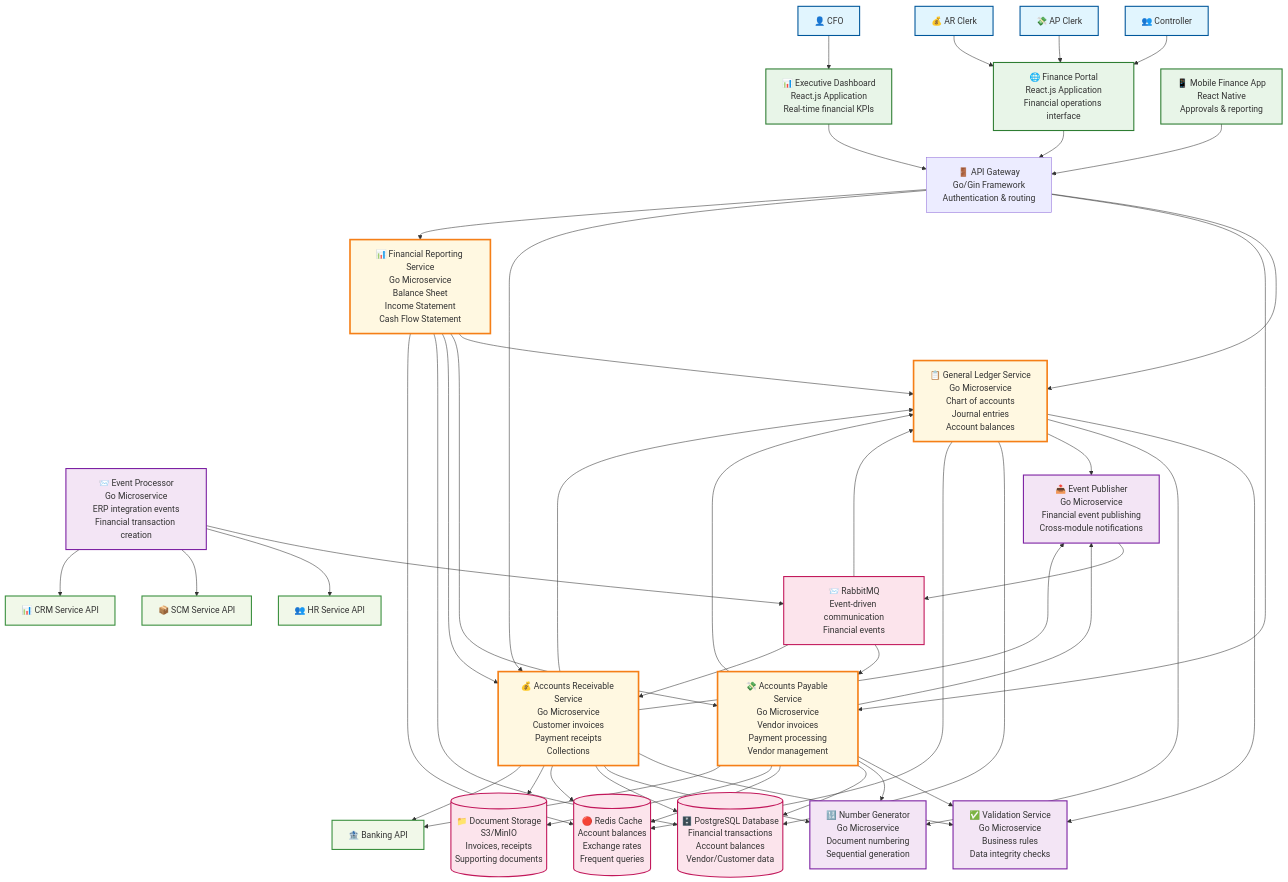
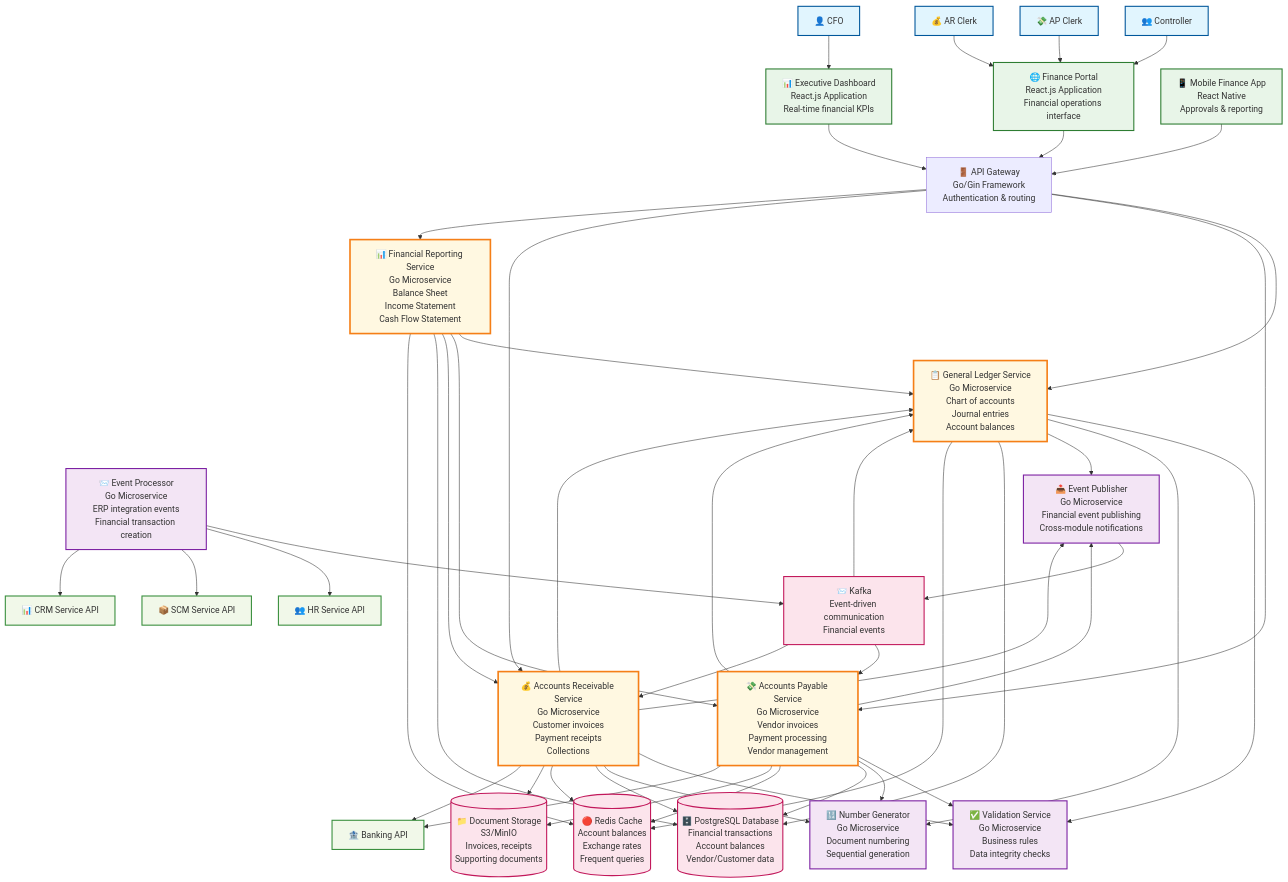
One commit to barbarnyarnyar/erp-system changed the second of 7 diagrams in documentation/3_architecture/fin_c4_model.md. Above: the diagram before and after it, drawn with Mermaid. The commit also changed other lines of this file and 35 other files, not shown here.

```diff
--- a/documentation/3_architecture/fin_c4_model.md
+++ b/documentation/3_architecture/fin_c4_model.md
@@ -149,7 +149,7 @@
     DocumentStorage[(📁 Document Storage<br/>S3/MinIO<br/>Invoices, receipts<br/>Supporting documents)]
     
     %% Message Queue
-    MessageQueue[📨 RabbitMQ<br/>Event-driven communication<br/>Financial events]
+    MessageQueue[📨 Kafka<br/>Event-driven communication<br/>Financial events]
     
     %% External APIs
     HRServiceAPI[👥 HR Service API]
```
